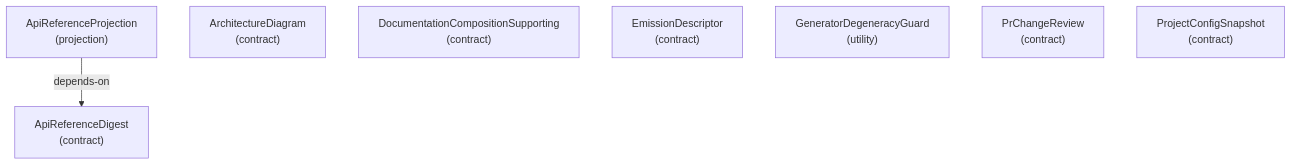
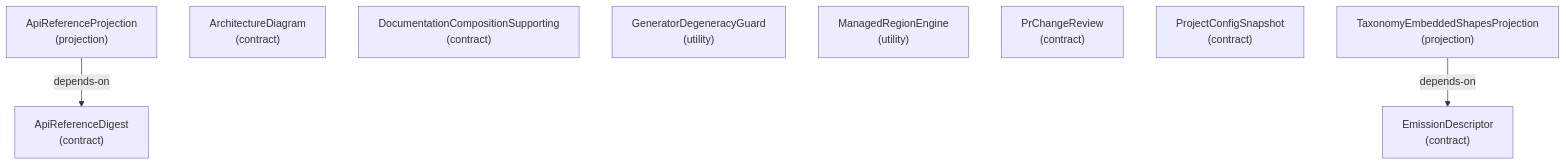
Before and after one commit to libar-dev/architect: the sixth of 23 diagrams in docs-live/ARCHITECTURE.md, drawn with Mermaid. The commit also changed other lines of this file and 16 other files, not shown here.

````diff
--- a/docs-live/ARCHITECTURE.md
+++ b/docs-live/ARCHITECTURE.md
@@ -144,12 +145,15 @@
 ```mermaid
 graph TD
   apireferencedigest["ApiReferenceDigest<br/>(contract)"]
   apireferenceprojection["ApiReferenceProjection<br/>(projection)"]
   architecturediagram["ArchitectureDiagram<br/>(contract)"]
   documentationcompositionsupporting["DocumentationCompositionSupporting<br/>(contract)"]
   emissiondescriptor["EmissionDescriptor<br/>(contract)"]
   generatordegeneracyguard["GeneratorDegeneracyGuard<br/>(utility)"]
+  managedregionengine["ManagedRegionEngine<br/>(utility)"]
   prchangereview["PrChangeReview<br/>(contract)"]
   projectconfigsnapshot["ProjectConfigSnapshot<br/>(contract)"]
+  taxonomyembeddedshapesprojection["TaxonomyEmbeddedShapesProjection<br/>(projection)"]
   apireferenceprojection -->|depends-on| apireferencedigest
+  taxonomyembeddedshapesprojection -->|depends-on| emissiondescriptor
 ```
````
